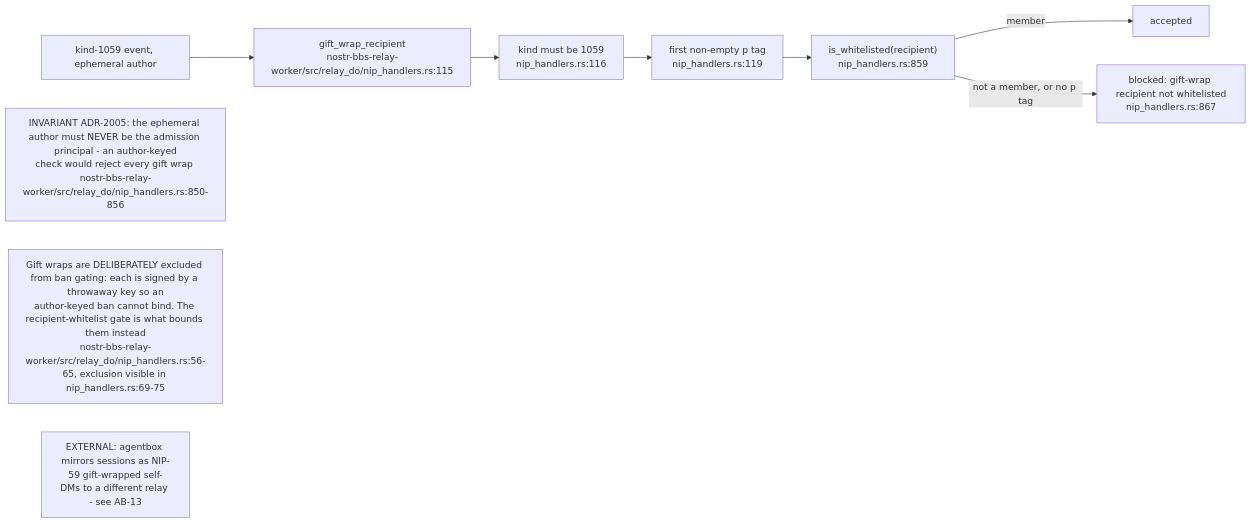
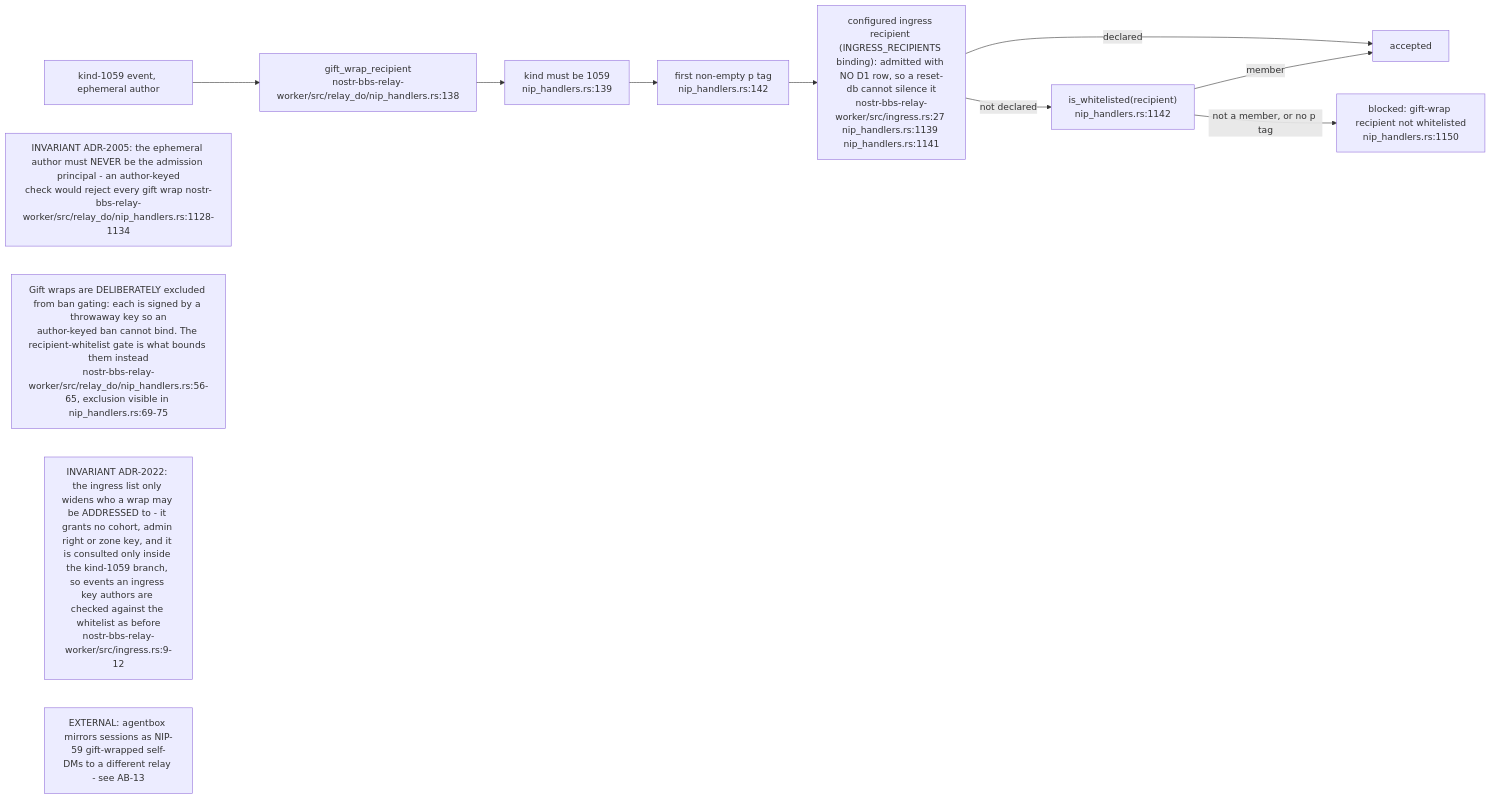
The fifth of 14 diagrams in docs/diagrams/nostr-rust-forum/03-relay-worker-admission-auth-and-trust.md (DreamLab-AI/VisionFlow), drawn with Mermaid before and after one commit. The commit also changed other lines of this file and 160 other files, not shown here.

````diff
--- a/docs/diagrams/nostr-rust-forum/03-relay-worker-admission-auth-and-trust.md
+++ b/docs/diagrams/nostr-rust-forum/03-relay-worker-admission-auth-and-trust.md
@@ -150,18 +156,22 @@
 ```mermaid
 flowchart LR
     EV["kind-1059 event, ephemeral author"]
-    EX["gift_wrap_recipient<br/>nostr-bbs-relay-worker/src/relay_do/nip_handlers.rs:115"]
-    K["kind must be 1059<br/>nip_handlers.rs:116"]
-    T["first non-empty p tag<br/>nip_handlers.rs:119"]
-    WL["is_whitelisted(recipient)<br/>nip_handlers.rs:859"]
+    EX["gift_wrap_recipient<br/>nostr-bbs-relay-worker/src/relay_do/nip_handlers.rs:138"]
+    K["kind must be 1059<br/>nip_handlers.rs:139"]
+    T["first non-empty p tag<br/>nip_handlers.rs:142"]
+    ING["configured ingress recipient (INGRESS_RECIPIENTS binding): admitted with NO D1 row, so a reset-db cannot silence it<br/>nostr-bbs-relay-worker/src/ingress.rs:27 nip_handlers.rs:1139 nip_handlers.rs:1141"]
+    WL["is_whitelisted(recipient)<br/>nip_handlers.rs:1142"]
     OK["accepted"]
-    NO["blocked: gift-wrap recipient not whitelisted<br/>nip_handlers.rs:867"]
+    NO["blocked: gift-wrap recipient not whitelisted<br/>nip_handlers.rs:1150"]
 
-    EV --> EX --> K --> T --> WL
+    EV --> EX --> K --> T --> ING
+    ING -->|"declared"| OK
+    ING -->|"not declared"| WL
     WL -->|"member"| OK
     WL -->|"not a member, or no p tag"| NO
 
-    N1["INVARIANT ADR-2005: the ephemeral author must NEVER be the admission principal - an author-keyed<br/>check would reject every gift wrap nostr-bbs-relay-worker/src/relay_do/nip_handlers.rs:850-856"]
+    N1["INVARIANT ADR-2005: the ephemeral author must NEVER be the admission principal - an author-keyed<br/>check would reject every gift wrap nostr-bbs-relay-worker/src/relay_do/nip_handlers.rs:1128-1134"]
     N2["Gift wraps are DELIBERATELY excluded from ban gating: each is signed by a throwaway key so an<br/>author-keyed ban cannot bind. The recipient-whitelist gate is what bounds them instead<br/>nostr-bbs-relay-worker/src/relay_do/nip_handlers.rs:56-65, exclusion visible in nip_handlers.rs:69-75"]
+    N4["INVARIANT ADR-2022: the ingress list only widens who a wrap may be ADDRESSED to - it grants no cohort, admin right or zone key, and it is consulted only inside the kind-1059 branch, so events an ingress key authors are checked against the whitelist as before<br/>nostr-bbs-relay-worker/src/ingress.rs:9-12"]
     N3["EXTERNAL: agentbox mirrors sessions as NIP-59 gift-wrapped self-DMs to a different relay - see AB-13"]
 ```
````
